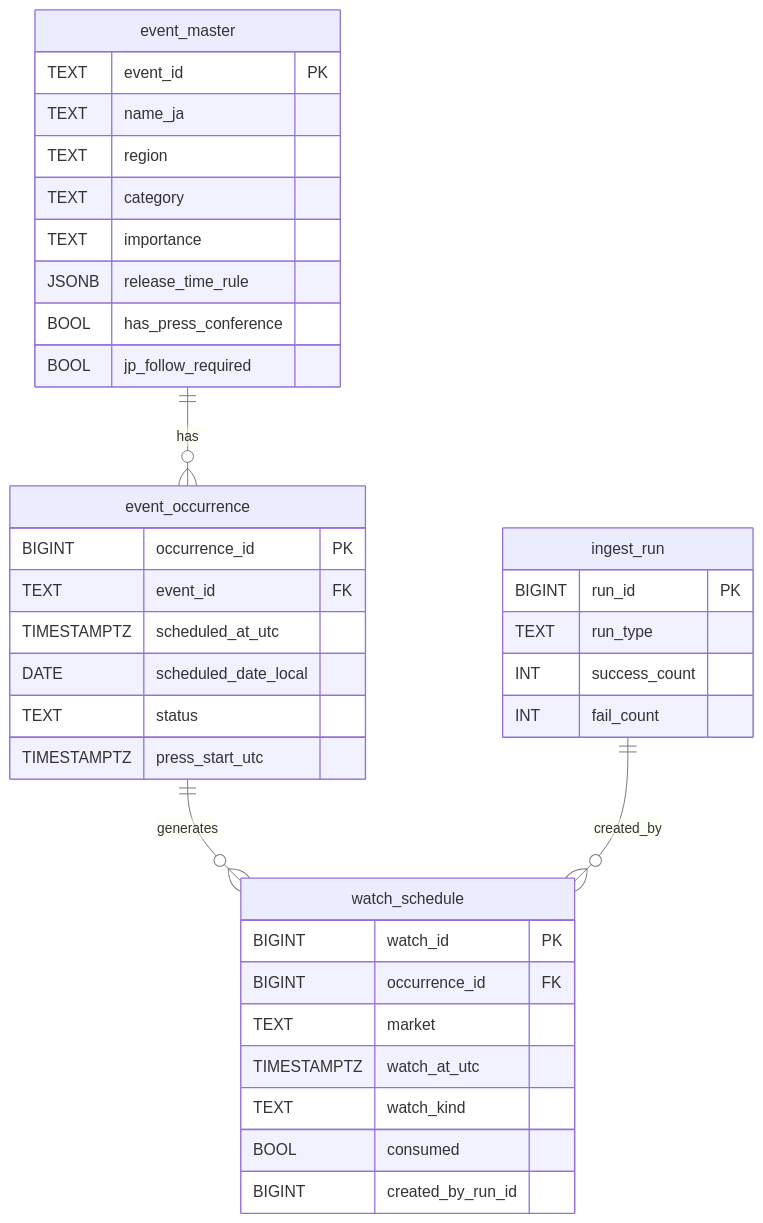
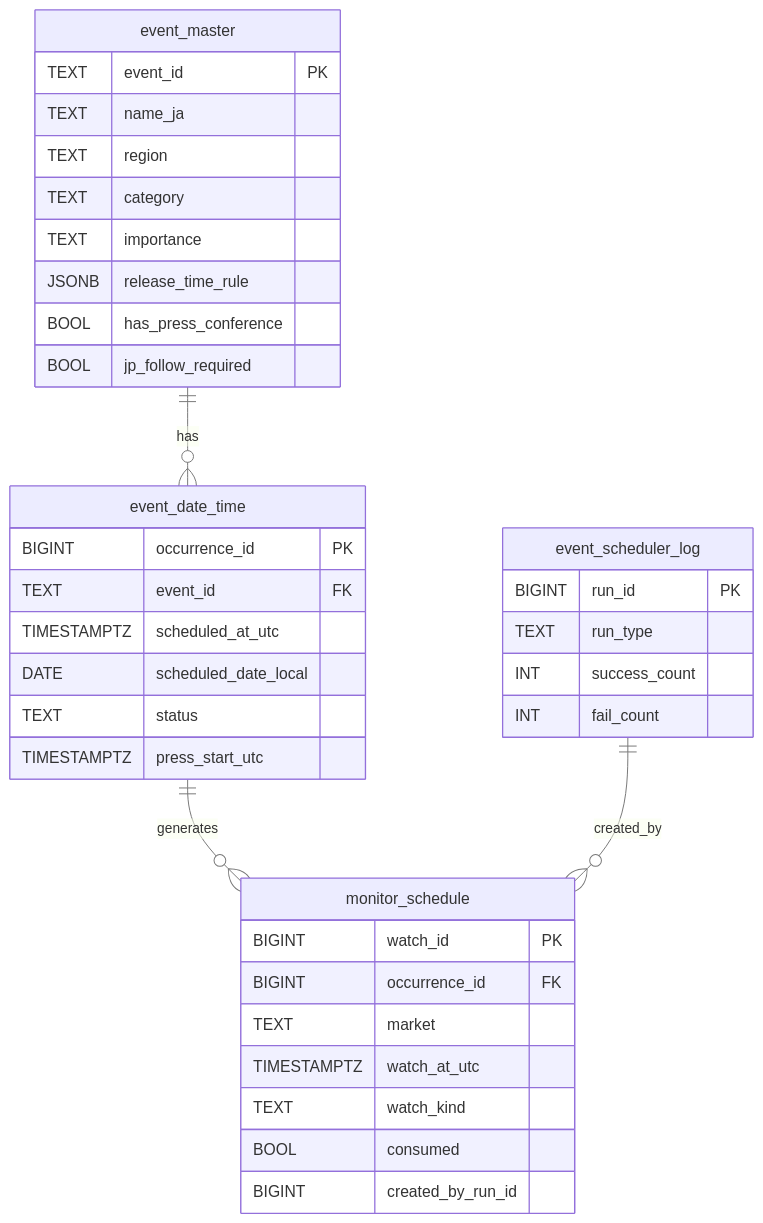
One commit to oSUiMiNo/Kabu-Trading1 changed the fourth of 4 diagrams in EventScheduler/MyDocs/workflow.md. Above: the diagram before and after it, drawn with Mermaid. The commit also changed other lines of this file and 5 other files, not shown here.

````diff
--- a/EventScheduler/MyDocs/workflow.md
+++ b/EventScheduler/MyDocs/workflow.md
@@ -184,44 +184,44 @@
 ```mermaid
 %%{init: {'themeVariables': {'lineColor': '#777'}}}%%
 erDiagram
-    event_master ||--o{ event_occurrence : "has"
-    event_occurrence ||--o{ watch_schedule : "generates"
-    ingest_run ||--o{ watch_schedule : "created_by"
+    event_master ||--o{ event_date_time : "has"
+    event_date_time ||--o{ monitor_schedule : "generates"
+    event_scheduler_log ||--o{ monitor_schedule : "created_by"
 
     event_master {
         TEXT event_id PK
         TEXT name_ja
         TEXT region
         TEXT category
         TEXT importance
         JSONB release_time_rule
         BOOL has_press_conference
         BOOL jp_follow_required
     }
 
-    event_occurrence {
+    event_date_time {
         BIGINT occurrence_id PK
         TEXT event_id FK
         TIMESTAMPTZ scheduled_at_utc
         DATE scheduled_date_local
         TEXT status
         TIMESTAMPTZ press_start_utc
     }
 
-    watch_schedule {
+    monitor_schedule {
         BIGINT watch_id PK
         BIGINT occurrence_id FK
         TEXT market
         TIMESTAMPTZ watch_at_utc
         TEXT watch_kind
         BOOL consumed
         BIGINT created_by_run_id
     }
 
-    ingest_run {
+    event_scheduler_log {
         BIGINT run_id PK
         TEXT run_type
         INT success_count
         INT fail_count
     }
 ```
````
